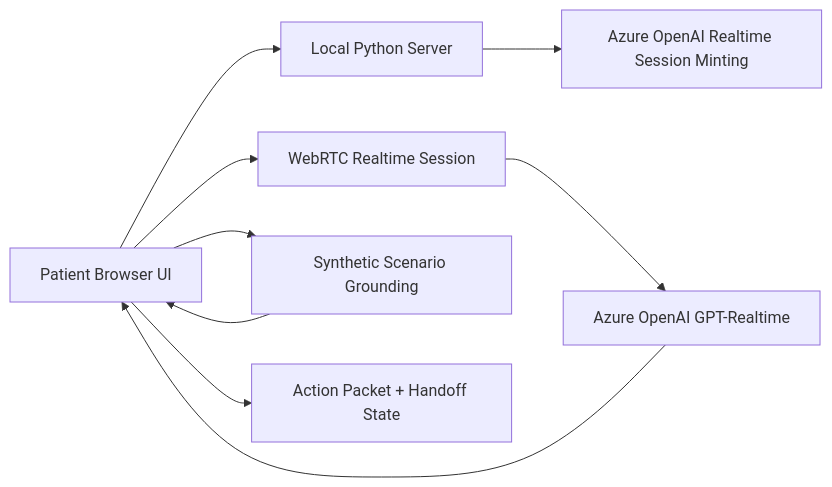
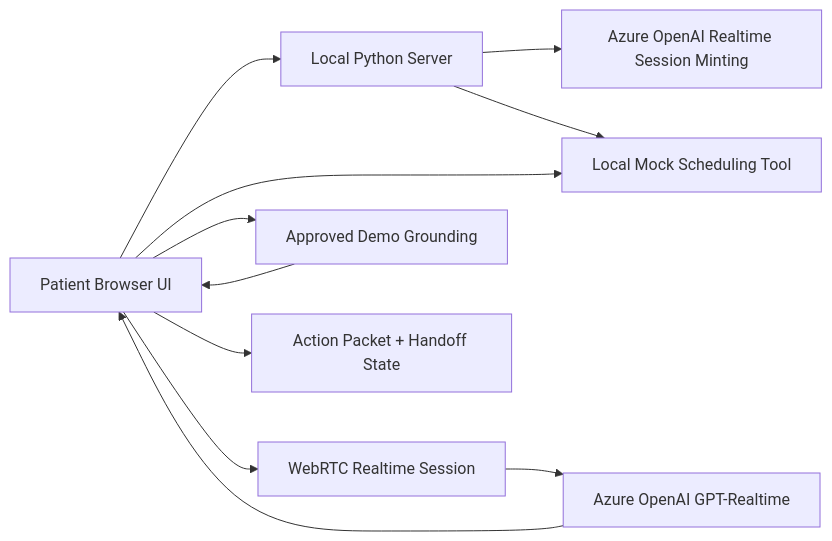
Before and after one commit to crbender/voice-agent-for-patient-access: the diagram in docs/architecture.md, drawn with Mermaid. The commit also changed other lines of this file and 14 other files, not shown here.

````diff
--- a/docs/architecture.md
+++ b/docs/architecture.md
@@ -15,11 +16,13 @@
 ```mermaid
 flowchart LR
     A[Patient Browser UI] --> B[Local Python Server]
     B --> C[Azure OpenAI Realtime Session Minting]
+    B --> H[Local Mock Scheduling Tool]
     A --> D[WebRTC Realtime Session]
     D --> E[Azure OpenAI GPT-Realtime]
-    A --> F[Synthetic Scenario Grounding]
+    A --> F[Approved Demo Grounding]
     E --> A
     F --> A
     A --> G[Action Packet + Handoff State]
+    A --> H
 ```
````
